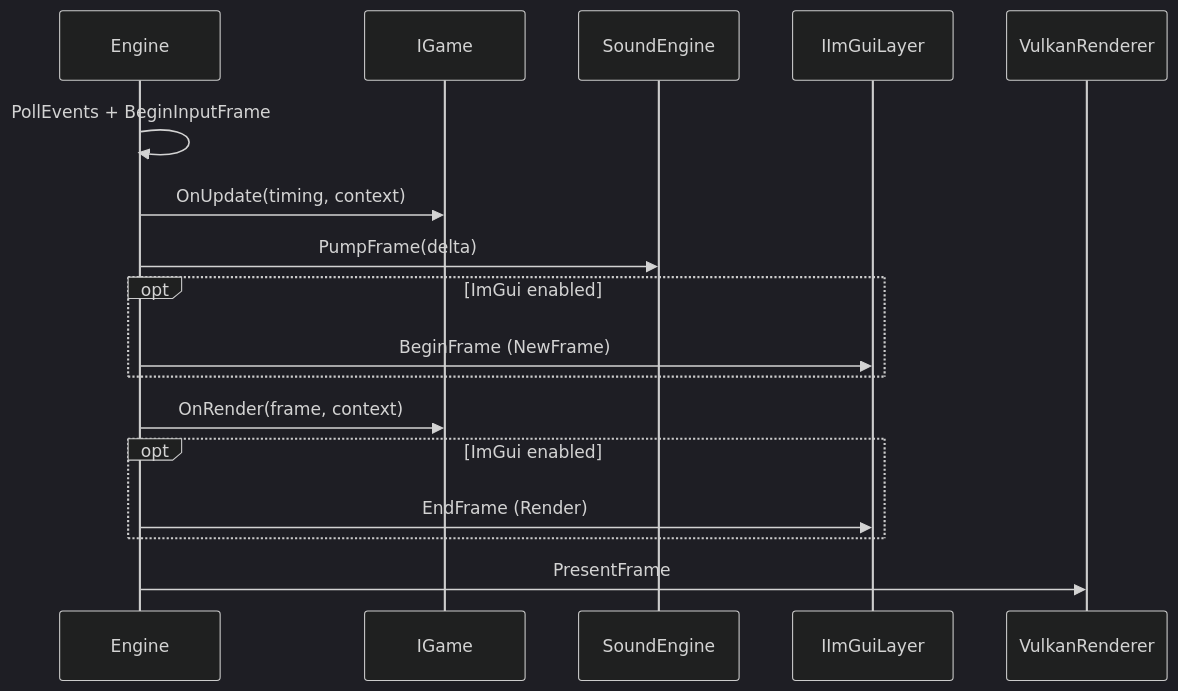
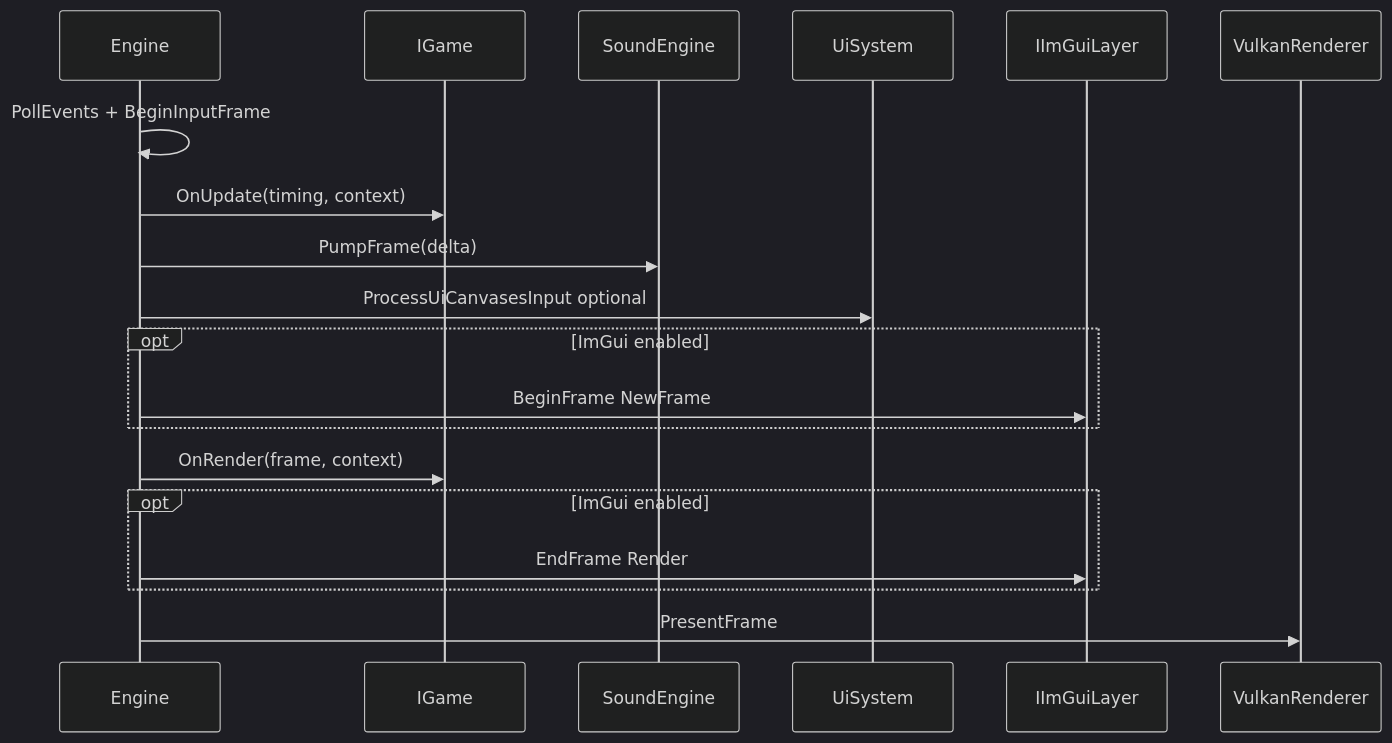
One commit to hoihky/spark changed the diagram in docs/programming-guide/1-overview-architecture/04-engine-loop.md. Above: the diagram before and after it, drawn with Mermaid (dark theme). The commit also changed other lines of this file and 232 other files, not shown here.

````diff
--- a/docs/programming-guide/1-overview-architecture/04-engine-loop.md
+++ b/docs/programming-guide/1-overview-architecture/04-engine-loop.md
@@ -29,19 +27,21 @@
 ```mermaid
 sequenceDiagram
     participant E as Engine
     participant G as IGame
     participant S as SoundEngine
+    participant U as UiSystem
     participant I as IImGuiLayer
     participant V as VulkanRenderer
     E->>E: PollEvents + BeginInputFrame
     E->>G: OnUpdate(timing, context)
     E->>S: PumpFrame(delta)
+    E->>U: ProcessUiCanvasesInput optional
     opt ImGui enabled
-        E->>I: BeginFrame (NewFrame)
+        E->>I: BeginFrame NewFrame
     end
     E->>G: OnRender(frame, context)
     opt ImGui enabled
-        E->>I: EndFrame (Render)
+        E->>I: EndFrame Render
     end
     E->>V: PresentFrame
 ```
````
